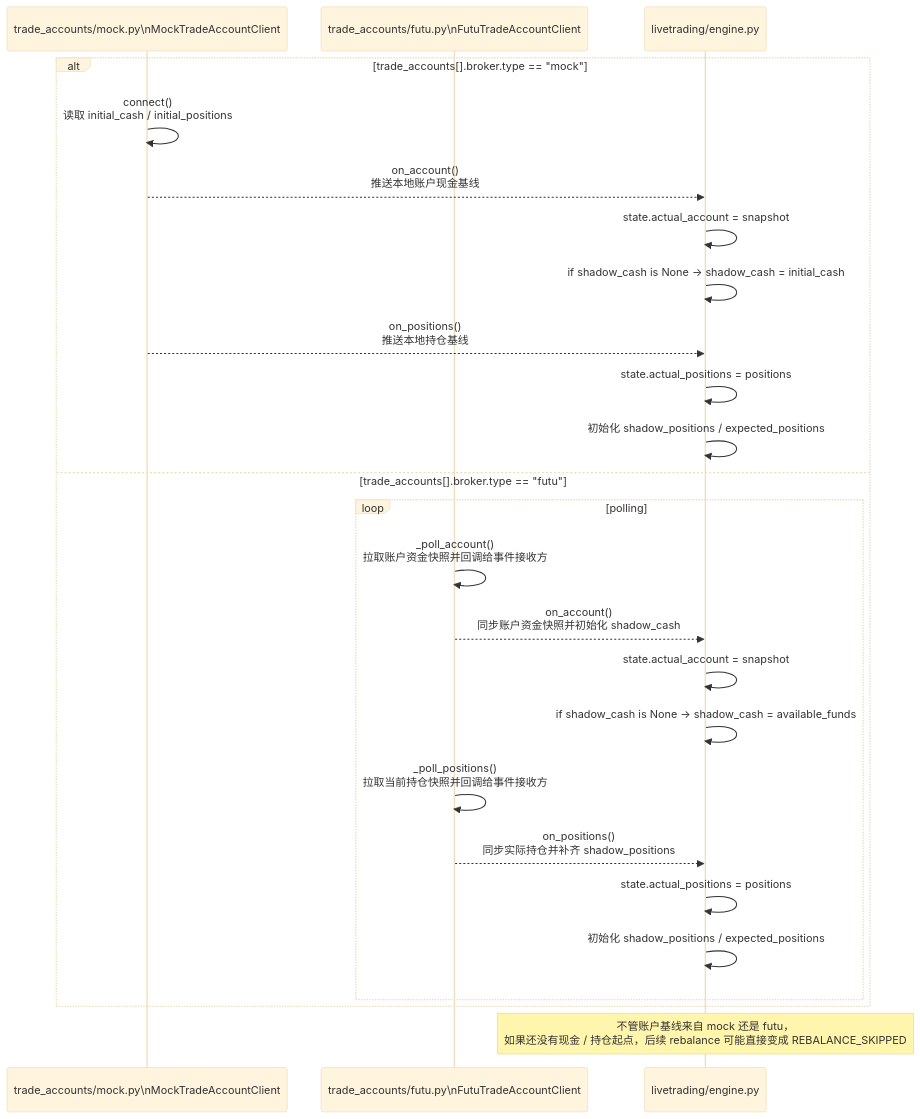
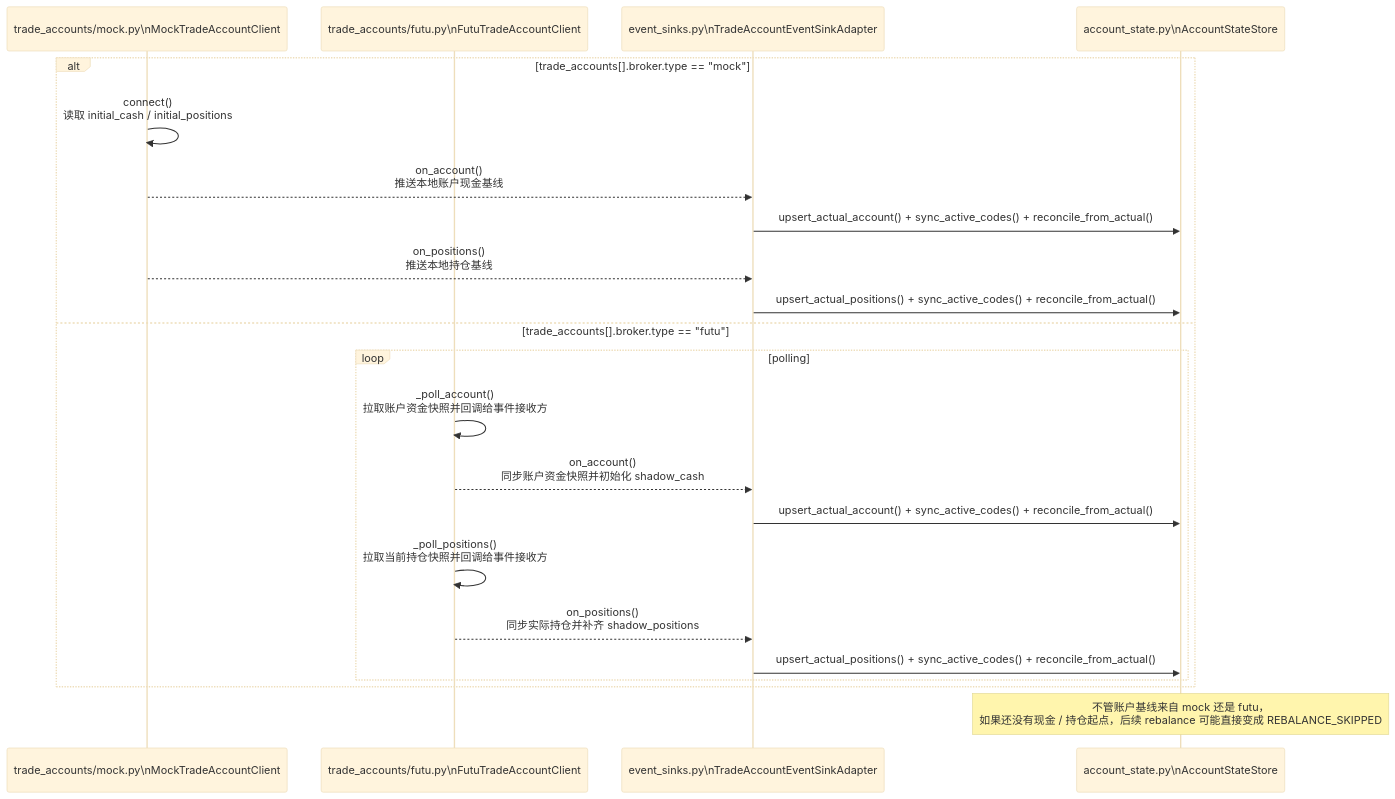
The third of 7 diagrams in docs/README_livetrading_sequence.md (hangchow/backtest), drawn with Mermaid (base theme) before and after one commit. The commit also changed other lines of this file and 12 other files, not shown here.

````diff
--- a/docs/README_livetrading_sequence.md
+++ b/docs/README_livetrading_sequence.md
@@ -173,30 +185,27 @@
 ```mermaid
 sequenceDiagram
     participant TM as trade_accounts/mock.py\nMockTradeAccountClient
     participant TB as trade_accounts/futu.py\nFutuTradeAccountClient
-    participant ENG as livetrading/engine.py
+    participant TS as event_sinks.py\nTradeAccountEventSinkAdapter
+    participant STORE as account_state.py\nAccountStateStore
 
     alt trade_accounts[].broker.type == "mock"
         TM->>TM: connect()<br/>读取 initial_cash / initial_positions
-        TM-->>ENG: on_account()<br/>推送本地账户现金基线
-        ENG->>ENG: state.actual_account = snapshot
-        ENG->>ENG: if shadow_cash is None -> shadow_cash = initial_cash
-        TM-->>ENG: on_positions()<br/>推送本地持仓基线
-        ENG->>ENG: state.actual_positions = positions
-        ENG->>ENG: 初始化 shadow_positions / expected_positions
+        TM-->>TS: on_account()<br/>推送本地账户现金基线
+        TS->>STORE: upsert_actual_account() + sync_active_codes() + reconcile_from_actual()
+        TM-->>TS: on_positions()<br/>推送本地持仓基线
+        TS->>STORE: upsert_actual_positions() + sync_active_codes() + reconcile_from_actual()
     else trade_accounts[].broker.type == "futu"
         loop polling
             TB->>TB: _poll_account()<br/>拉取账户资金快照并回调给事件接收方
-            TB-->>ENG: on_account()<br/>同步账户资金快照并初始化 shadow_cash
-            ENG->>ENG: state.actual_account = snapshot
-            ENG->>ENG: if shadow_cash is None -> shadow_cash = available_funds
+            TB-->>TS: on_account()<br/>同步账户资金快照并初始化 shadow_cash
+            TS->>STORE: upsert_actual_account() + sync_active_codes() + reconcile_from_actual()
 
             TB->>TB: _poll_positions()<br/>拉取当前持仓快照并回调给事件接收方
-            TB-->>ENG: on_positions()<br/>同步实际持仓并补齐 shadow_positions
-            ENG->>ENG: state.actual_positions = positions
-            ENG->>ENG: 初始化 shadow_positions / expected_positions
+            TB-->>TS: on_positions()<br/>同步实际持仓并补齐 shadow_positions
+            TS->>STORE: upsert_actual_positions() + sync_active_codes() + reconcile_from_actual()
         end
     end
 
-    Note over ENG: 不管账户基线来自 mock 还是 futu，<br/>如果还没有现金 / 持仓起点，后续 rebalance 可能直接变成 REBALANCE_SKIPPED
+    Note over STORE: 不管账户基线来自 mock 还是 futu，<br/>如果还没有现金 / 持仓起点，后续 rebalance 可能直接变成 REBALANCE_SKIPPED
 ```
````
